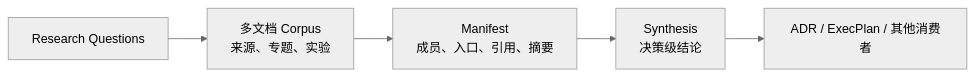
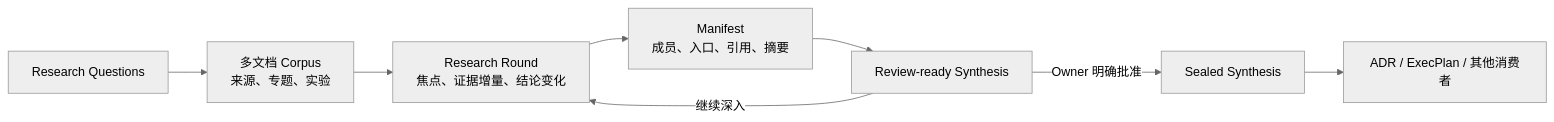
The diagram in engineering-research/SKILL.md (XiaoWeiKIN/RepoFoundryAI), drawn with Mermaid (neutral theme) before and after one commit. The commit also changed other lines of this file and 20 other files, not shown here.

Commit message:
feat: make engineering research iterative and owner-governed

````diff
--- a/engineering-research/SKILL.md
+++ b/engineering-research/SKILL.md
@@ -12,7 +12,10 @@
 ```mermaid
 flowchart LR
     Q["Research Questions"] --> C["多文档 Corpus<br/>来源、专题、实验"]
-    C --> M["Manifest<br/>成员、入口、引用、摘要"]
-    M --> S["Synthesis<br/>决策级结论"]
-    S --> D["ADR / ExecPlan / 其他消费者"]
+    C --> R["Research Round<br/>焦点、证据增量、结论变化"]
+    R --> M["Manifest<br/>成员、入口、引用、摘要"]
+    M --> S["Review-ready Synthesis"]
+    S -->|"继续深入"| R
+    S -->|"Owner 明确批准"| F["Sealed Synthesis"]
+    F --> D["ADR / ExecPlan / 其他消费者"]
 ```
````
